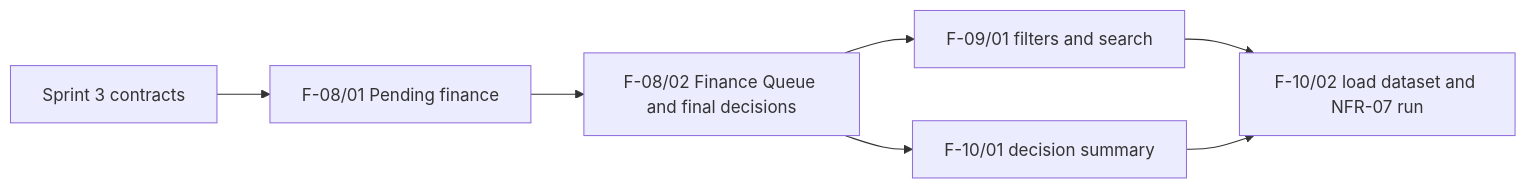
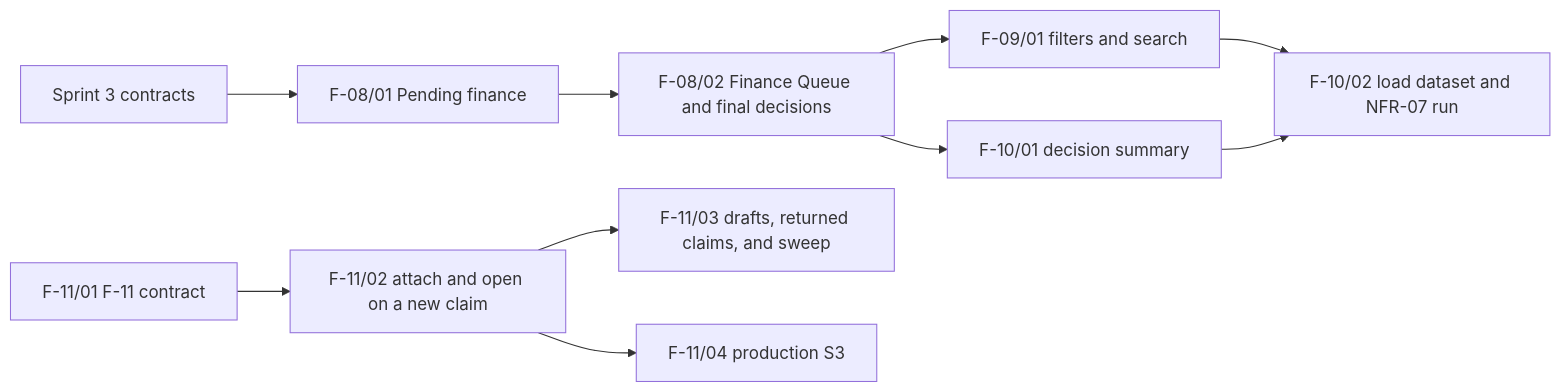
Before and after one commit to beambeambeam/claimflow: the second of 3 diagrams in docs/sprints/plan.md, drawn with Mermaid. The commit also changed other lines of this file and 7 other files, not shown here.

````diff
--- a/docs/sprints/plan.md
+++ b/docs/sprints/plan.md
@@ -72,9 +72,12 @@
 ```mermaid
 flowchart LR
     C[Sprint 3 contracts] --> A
     A[F-08/01 Pending finance] --> B[F-08/02 Finance Queue and final decisions]
     B --> D[F-09/01 filters and search]
     B --> E[F-10/01 decision summary]
     D --> F[F-10/02 load dataset and NFR-07 run]
     E --> F
+    G[F-11/01 F-11 contract] --> H[F-11/02 attach and open on a new claim]
+    H --> I[F-11/03 drafts, returned claims, and sweep]
+    H --> J[F-11/04 production S3]
 ```
````
